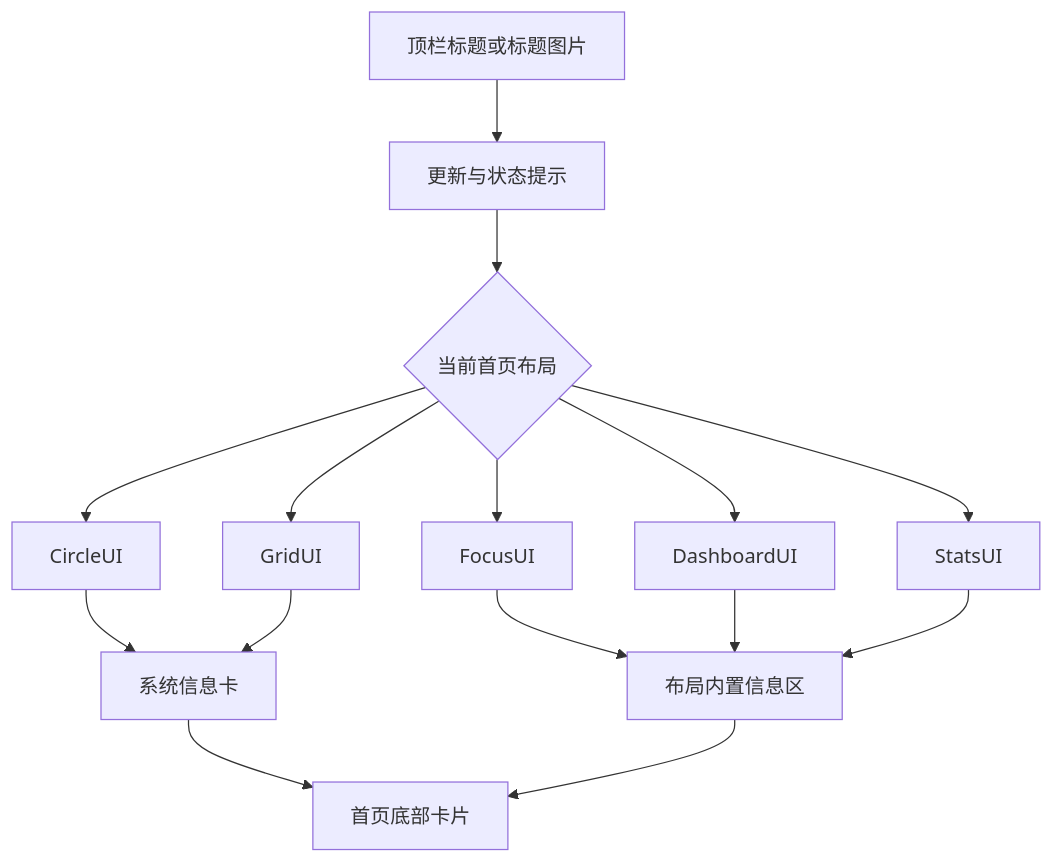
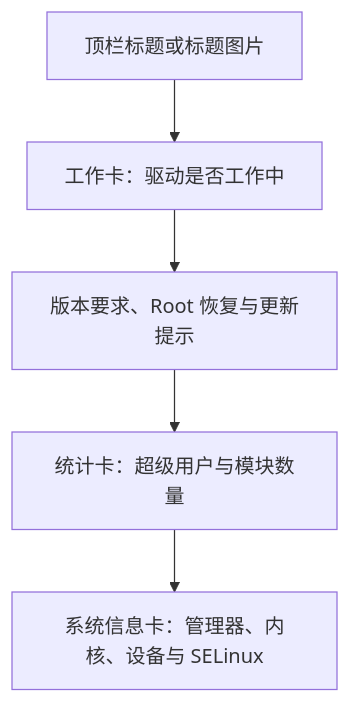
One commit to LxyaoX/FinaSU changed the diagram in website/docs/setting/home.md. Above: the diagram before and after it, drawn with Mermaid. The commit also changed other lines of this file and 24 other files, not shown here.

````diff
--- a/website/docs/setting/home.md
+++ b/website/docs/setting/home.md
@@ -27,17 +27,7 @@
 ```mermaid
 flowchart TD
-    A["顶栏标题或标题图片"] --> B["更新与状态提示"]
-    B --> C{"当前首页布局"}
-    C --> D["CircleUI"]
-    C --> E["GridUI"]
-    C --> F["FocusUI"]
-    C --> G["DashboardUI"]
-    C --> H["StatsUI"]
-    D --> I["系统信息卡"]
-    E --> I
-    F --> J["布局内置信息区"]
-    G --> J
-    H --> J
-    I --> K["首页底部卡片"]
-    J --> K
+    A["顶栏标题或标题图片"] --> B["工作卡：驱动是否工作中"]
+    B --> C["版本要求、Root 恢复与更新提示"]
+    C --> D["统计卡：超级用户与模块数量"]
+    D --> E["系统信息卡：管理器、内核、设备与 SELinux"]
 ```
````
